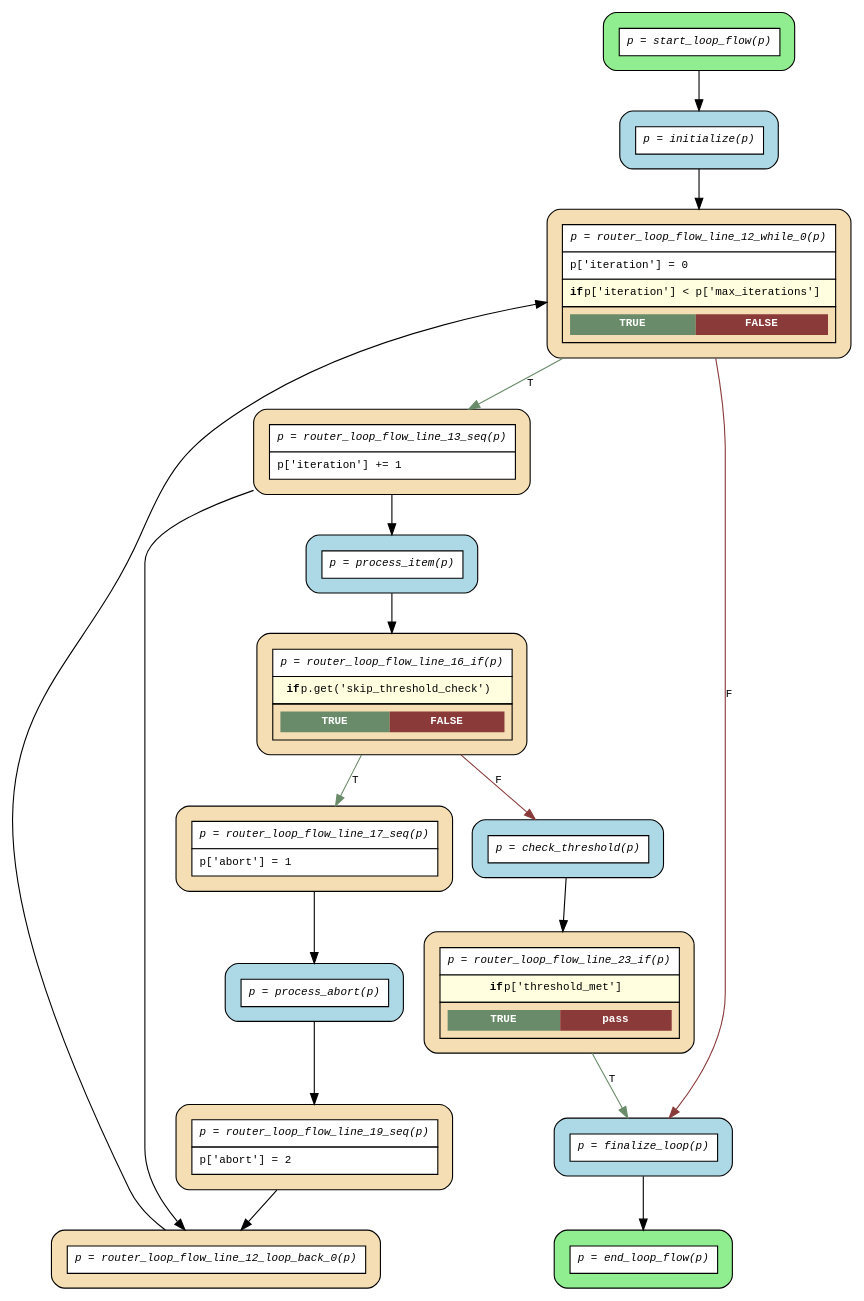
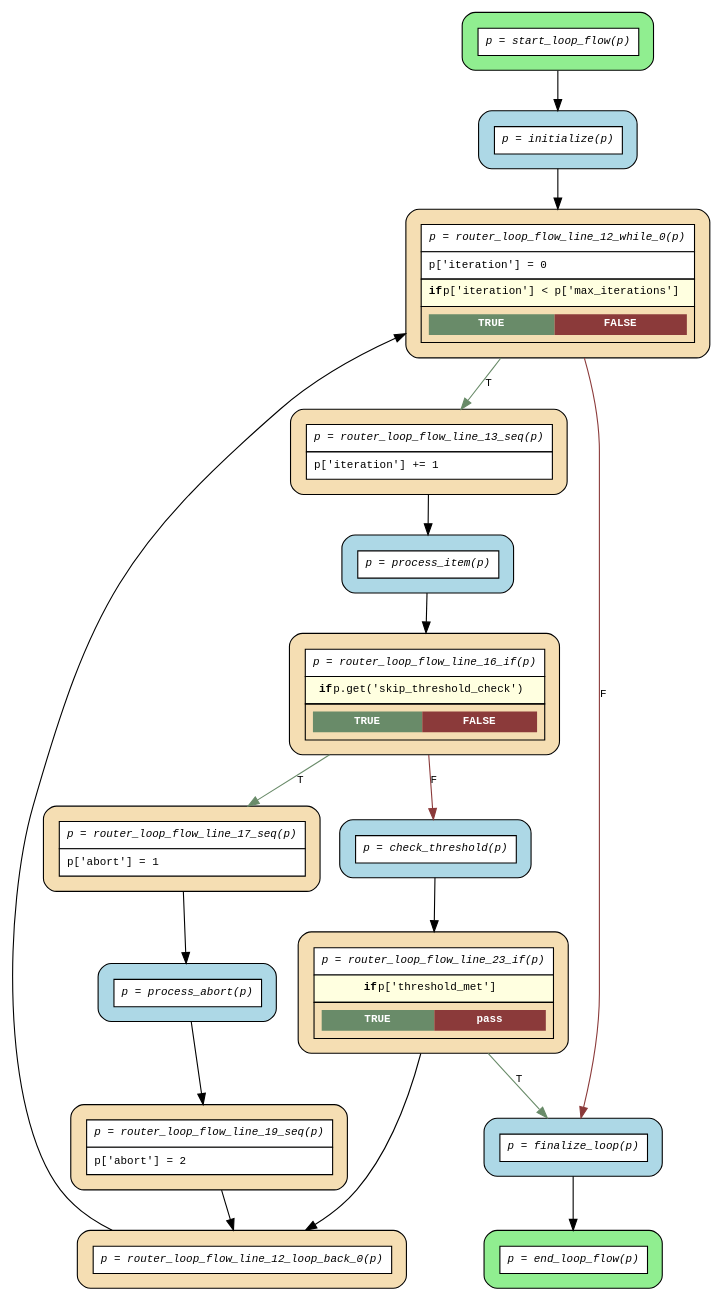
The diagram in examples/flows/compiled/while_loop_processing/flow.dot (deliveryhero/asya), drawn with Graphviz before and after one commit. The commit also changed 29 other files, not shown here.

First line of the commit message:
fix(dotgen): connect while-loop body actors to loop_back router

```diff
--- a/examples/flows/compiled/while_loop_processing/flow.dot
+++ b/examples/flows/compiled/while_loop_processing/flow.dot
@@ -1,38 +1,38 @@
 digraph flow {
   rankdir=TB;
   graph [fontname="Courier", fontsize=10];
   node [fontname="Courier", fontsize=10, shape=box, style="filled,rounded", margin="0.2"];
   edge [fontname="Courier", fontsize=10];
 
   start_loop_flow [fillcolor="lightgreen", label=<<table border="0" cellspacing="0" cellpadding="6" cellborder="1"><tr><td bgcolor="white" align="center"><i>p = start_loop_flow(p)</i></td></tr></table>>];
   router_loop_flow_line_19_seq [fillcolor="wheat", label=<<table border="0" cellspacing="0" cellpadding="6" cellborder="1"><tr><td bgcolor="white" align="center"><i>p = router_loop_flow_line_19_seq(p)</i></td></tr><tr><td bgcolor="white" align="left">p['abort'] = 2</td></tr></table>>];
   router_loop_flow_line_17_seq [fillcolor="wheat", label=<<table border="0" cellspacing="0" cellpadding="6" cellborder="1"><tr><td bgcolor="white" align="center"><i>p = router_loop_flow_line_17_seq(p)</i></td></tr><tr><td bgcolor="white" align="left">p['abort'] = 1</td></tr></table>>];
   router_loop_flow_line_23_if [fillcolor="wheat", label=<<table border="0" cellspacing="0" cellpadding="6" cellborder="1"><tr><td bgcolor="white" align="center"><i>p = router_loop_flow_line_23_if(p)</i></td></tr><tr><td bgcolor="lightyellow"><b>if</b> p['threshold_met']</td></tr><tr><td><table border="0" cellspacing="0" cellpadding="4"><tr><td bgcolor="darkseagreen4"><font color="white"><b>TRUE</b></font></td><td bgcolor="indianred4"><font color="white"><b>pass</b></font></td></tr></table></td></tr></table>>];
   router_loop_flow_line_16_if [fillcolor="wheat", label=<<table border="0" cellspacing="0" cellpadding="6" cellborder="1"><tr><td bgcolor="white" align="center"><i>p = router_loop_flow_line_16_if(p)</i></td></tr><tr><td bgcolor="lightyellow"><b>if</b> p.get('skip_threshold_check')</td></tr><tr><td><table border="0" cellspacing="0" cellpadding="4"><tr><td bgcolor="darkseagreen4"><font color="white"><b>TRUE</b></font></td><td bgcolor="indianred4"><font color="white"><b>FALSE</b></font></td></tr></table></td></tr></table>>];
   router_loop_flow_line_13_seq [fillcolor="wheat", label=<<table border="0" cellspacing="0" cellpadding="6" cellborder="1"><tr><td bgcolor="white" align="center"><i>p = router_loop_flow_line_13_seq(p)</i></td></tr><tr><td bgcolor="white" align="left">p['iteration'] += 1</td></tr></table>>];
   router_loop_flow_line_12_loop_back_0 [fillcolor="wheat", label=<<table border="0" cellspacing="0" cellpadding="6" cellborder="1"><tr><td bgcolor="white" align="center"><i>p = router_loop_flow_line_12_loop_back_0(p)</i></td></tr></table>>];
   router_loop_flow_line_12_while_0 [fillcolor="wheat", label=<<table border="0" cellspacing="0" cellpadding="6" cellborder="1"><tr><td bgcolor="white" align="center"><i>p = router_loop_flow_line_12_while_0(p)</i></td></tr><tr><td bgcolor="white" align="left">p['iteration'] = 0</td></tr><tr><td bgcolor="lightyellow"><b>if</b> p['iteration'] &lt; p['max_iterations']</td></tr><tr><td><table border="0" cellspacing="0" cellpadding="4"><tr><td bgcolor="darkseagreen4"><font color="white"><b>TRUE</b></font></td><td bgcolor="indianred4"><font color="white"><b>FALSE</b></font></td></tr></table></td></tr></table>>];
   end_loop_flow [fillcolor="lightgreen", label=<<table border="0" cellspacing="0" cellpadding="6" cellborder="1"><tr><td bgcolor="white" align="center"><i>p = end_loop_flow(p)</i></td></tr></table>>];
   check_threshold [fillcolor="lightblue", label=<<table border="0" cellspacing="0" cellpadding="6" cellborder="1"><tr><td bgcolor="white" align="center"><i>p = check_threshold(p)</i></td></tr></table>>];
   finalize_loop [fillcolor="lightblue", label=<<table border="0" cellspacing="0" cellpadding="6" cellborder="1"><tr><td bgcolor="white" align="center"><i>p = finalize_loop(p)</i></td></tr></table>>];
   initialize [fillcolor="lightblue", label=<<table border="0" cellspacing="0" cellpadding="6" cellborder="1"><tr><td bgcolor="white" align="center"><i>p = initialize(p)</i></td></tr></table>>];
   process_abort [fillcolor="lightblue", label=<<table border="0" cellspacing="0" cellpadding="6" cellborder="1"><tr><td bgcolor="white" align="center"><i>p = process_abort(p)</i></td></tr></table>>];
   process_item [fillcolor="lightblue", label=<<table border="0" cellspacing="0" cellpadding="6" cellborder="1"><tr><td bgcolor="white" align="center"><i>p = process_item(p)</i></td></tr></table>>];
 
   check_threshold -> router_loop_flow_line_23_if;
   finalize_loop -> end_loop_flow;
   initialize -> router_loop_flow_line_12_while_0;
   process_abort -> router_loop_flow_line_19_seq;
   process_item -> router_loop_flow_line_16_if;
   router_loop_flow_line_12_loop_back_0 -> router_loop_flow_line_12_while_0 [constraint=false];
   router_loop_flow_line_12_while_0 -> finalize_loop [label="F", color=indianred4];
   router_loop_flow_line_12_while_0 -> router_loop_flow_line_13_seq [label="T", color=darkseagreen4];
   router_loop_flow_line_13_seq -> process_item;
-  router_loop_flow_line_13_seq -> router_loop_flow_line_12_loop_back_0;
   router_loop_flow_line_16_if -> check_threshold [label="F", color=indianred4];
   router_loop_flow_line_16_if -> router_loop_flow_line_17_seq [label="T", color=darkseagreen4];
   router_loop_flow_line_17_seq -> process_abort;
   router_loop_flow_line_19_seq -> router_loop_flow_line_12_loop_back_0;
   router_loop_flow_line_23_if -> finalize_loop [label="T", color=darkseagreen4];
+  router_loop_flow_line_23_if -> router_loop_flow_line_12_loop_back_0;
   start_loop_flow -> initialize;
 }
```
